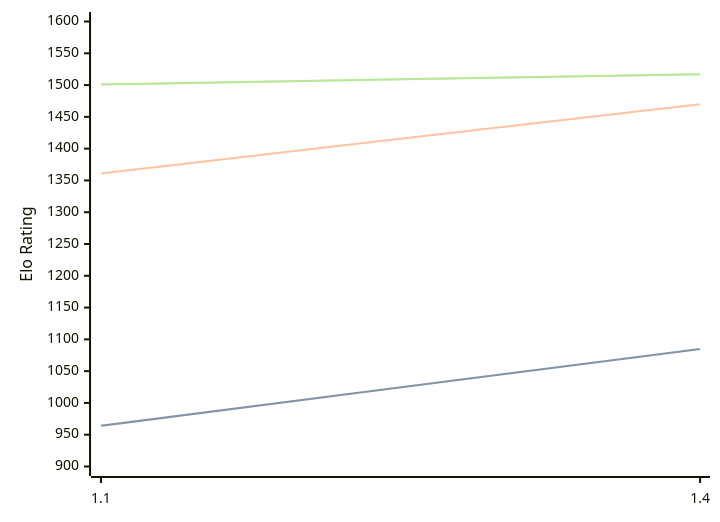
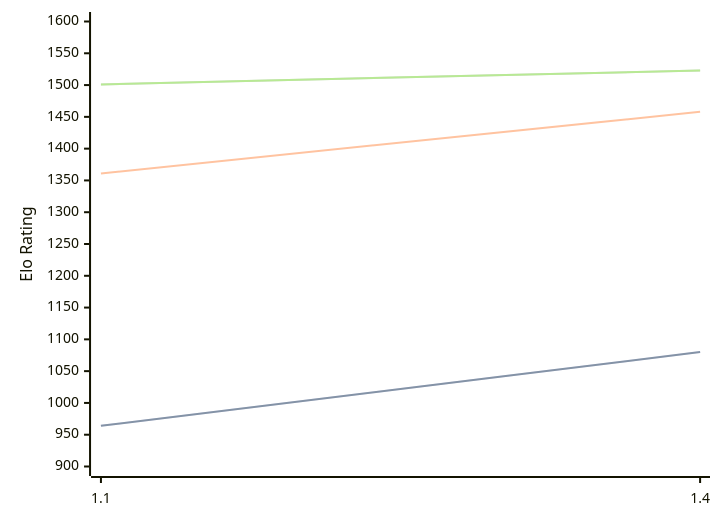
One commit to computer-chess-index/cci changed the diagram in engines/USunfish.md. Above: the diagram before and after it, drawn with Mermaid. The commit also changed other lines of this file, not shown here.

Commit message:
Update CCI Ratings (ELO VLTC) - 2026-09-18

````diff
--- a/engines/USunfish.md
+++ b/engines/USunfish.md
@@ -37,11 +37,11 @@
 ```mermaid
 %%{init: {"theme":"base","themeVariables":{"seriesColors:['#a3a3a3','#222221','#faa371']}}}%%
 xychart-beta
   x-axis ["1.1", "1.4"]
   y-axis "Elo Rating" 900 --> 1600
-  line "" [964, 1085]
-  line "STC (8.0+0.08s)" [964, 1085]
-  line "LTC (60.0+0.60s)" [1361, 1470]
-  line "" [1501, 1517]
-  line "VLTC (2m24s+1.12s)" [1501, 1517]
+  line "" [964, 1080]
+  line "STC (8.0+0.08s)" [964, 1080]
+  line "LTC (60.0+0.60s)" [1361, 1458]
+  line "" [1501, 1523]
+  line "VLTC (2m24s+1.12s)" [1501, 1523]
 ```
````
